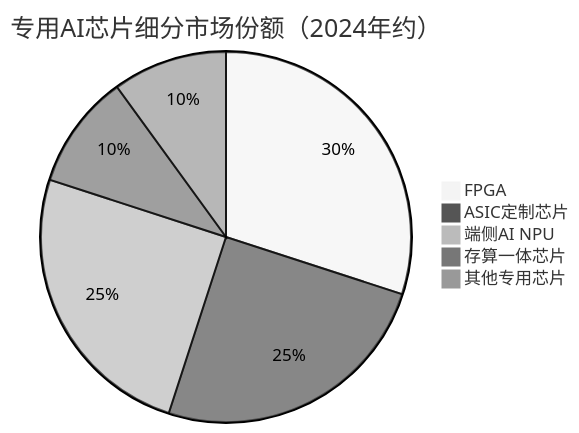
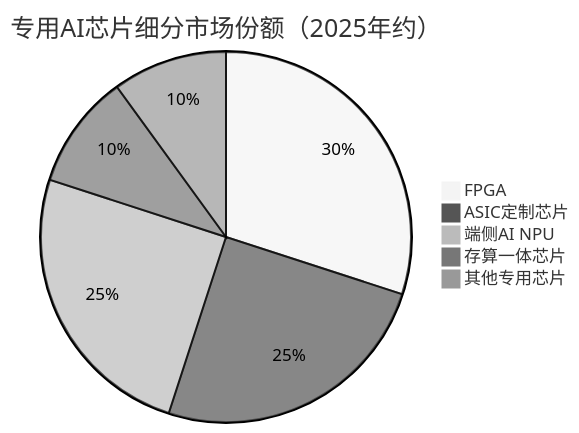
The third of 3 diagrams in AI产业链/中游/芯片设计/专用芯片.md (blueprint1453/industry-insight), drawn with Mermaid (neutral theme) before and after one commit. The commit also changed other lines of this file and 78 other files, not shown here.

````diff
--- a/AI产业链/中游/芯片设计/专用芯片.md
+++ b/AI产业链/中游/芯片设计/专用芯片.md
@@ -93,8 +93,8 @@
 ```mermaid
-pie title 专用AI芯片细分市场份额（2024年约）
+pie title 专用AI芯片细分市场份额（2025年约）
     "FPGA" : 30
     "ASIC定制芯片" : 25
     "端侧AI NPU" : 25
     "存算一体芯片" : 10
     "其他专用芯片" : 10
 ```
````
